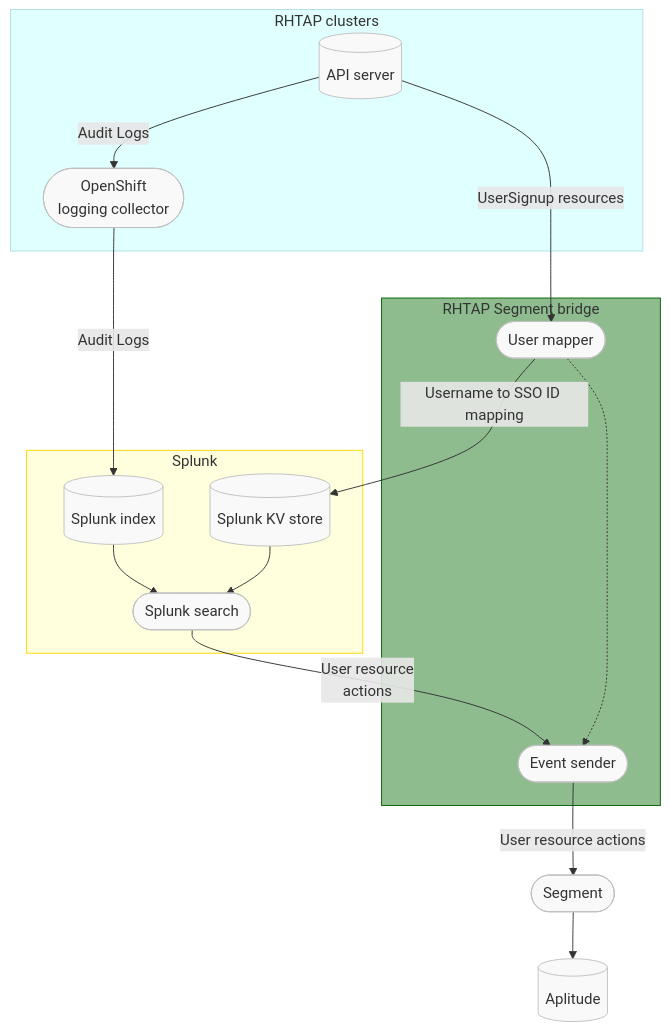
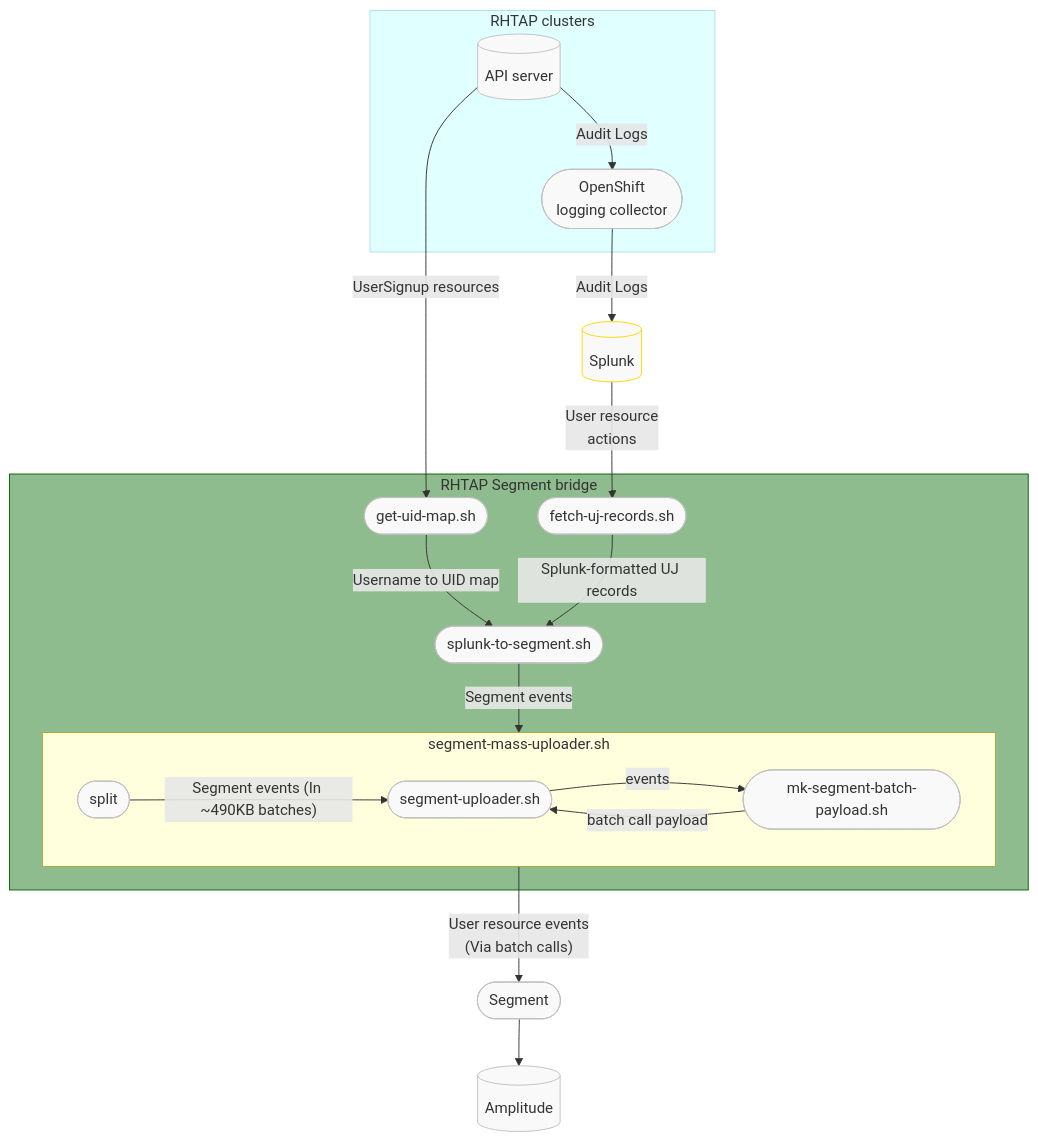
One commit to redhat-appstudio/segment-bridge changed the diagram in README.md. Above: the diagram before and after it, drawn with Mermaid. The commit also changed other lines of this file, not shown here.

Commit message:
Update README with current architecture

````diff
--- a/README.md
+++ b/README.md
@@ -5,45 +5,49 @@
 ```mermaid
-flowchart TD
+flowchart TB
     subgraph A["RHTAP clusters"]
         A1[(API server)]
         A2(["OpenShift
-         logging collector"])
+        logging collector"])
 
         A1--"Audit Logs"-->A2
     end
 
-    A2--"Audit Logs"--->C1
+    A2--"Audit Logs"-->C
     
-    subgraph C["Splunk"]
-        C1[("Splunk index")]
-        C2[("Splunk KV store")]
-        C3(["Splunk search"])
-
-        C1 & C2-->C3
-    end
+    C[("Splunk")]
 
     A1--"UserSignup resources"-->B1
 
-    B1--"Username to SSO ID mapping"-->C2
+    subgraph B["RHTAP Segment bridge"]
+        B1([get-uid-map.sh])
+        B2([fetch-uj-records.sh])
+        B3([splunk-to-segment.sh])
+        subgraph B4[segment-mass-uploader.sh]
+            B4C([split])
+            B4A([segment-uploader.sh])
+            B4B([mk-segment-batch-payload.sh])
 
-    subgraph B["RHTAP Segment bridge"]
-        B1([User mapper])
-        B2([Event sender])
+            B4C--"Segment events (In ~490KB batches)"-->B4A
+            B4A--"events"-->B4B--"batch call payload"-->B4A
+        end
 
-        B1-..->B2
+        B1--"Username to UID map"-->B3
+        B2--"Splunk-formatted UJ records"-->B3
+        B3--"Segment events"--> B4
     end
 
-    C3--"User resource
-     actions"-->B2
+    C-- "User resource
+     actions" -->B2
 
     G([Segment])
-    H[(Aplitude)]
+    H[(Amplitude)]
 
-    B2--"User resource actions"-->G-->H
+    B4-- "User resource events
+     (Via batch calls)" -->G-->H
 
     classDef default fill:#f9f9f9,stroke:silver
     class A,B,C notDefault
     style A fill:lightcyan,stroke:powderblue
     style B fill:darkseagreen,stroke:darkgreen
     style C fill:lightyelloy,stroke:gold
 ```
````
